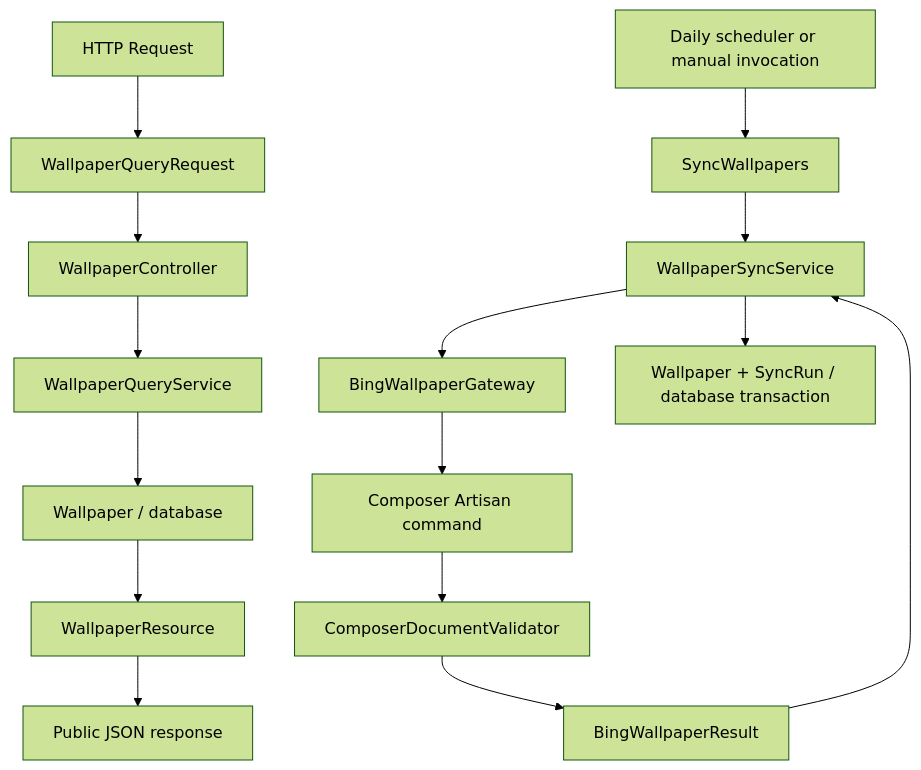
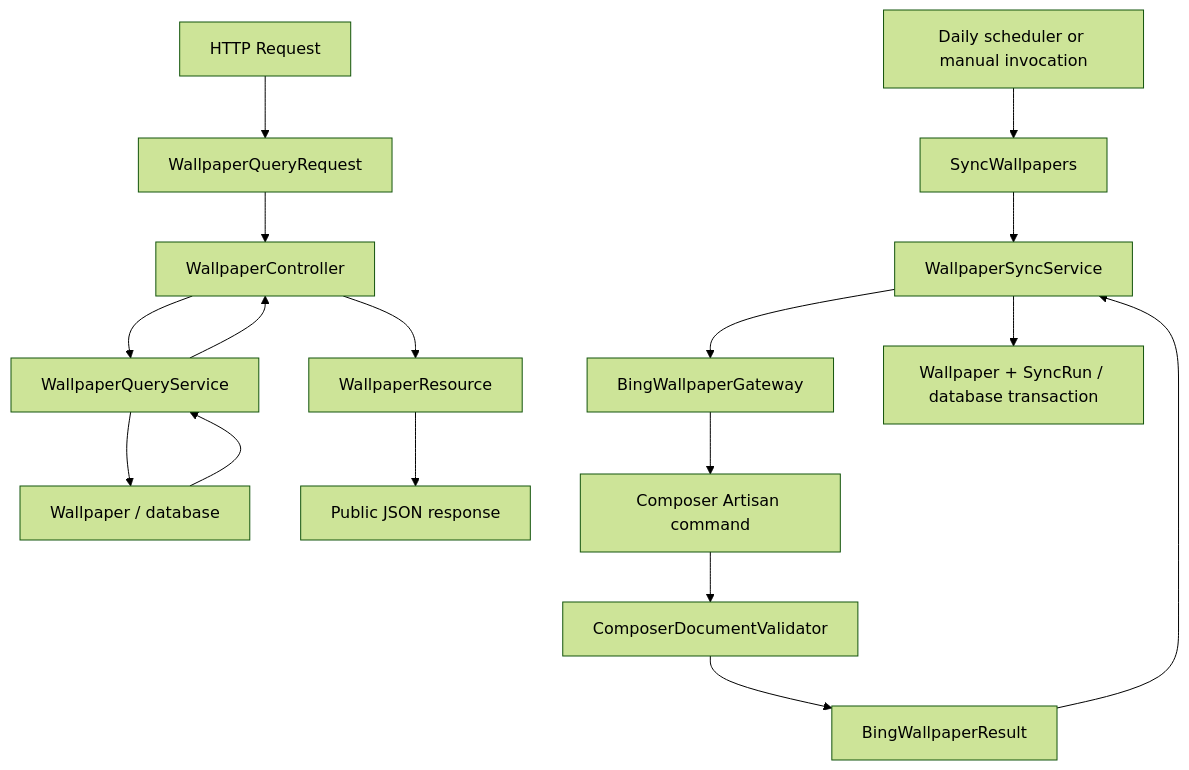
The first of 2 diagrams in docs/architecture.md (haoyuqi/wallpaper-api), drawn with Mermaid (forest theme) before and after one commit. The commit also changed other lines of this file and 3 other files, not shown here.

````diff
--- a/docs/architecture.md
+++ b/docs/architecture.md
@@ -28,17 +47,19 @@
 ```mermaid
 flowchart TD
     Request[HTTP Request] --> Validation[WallpaperQueryRequest]
     Validation --> Controller[WallpaperController]
     Controller --> Query[WallpaperQueryService]
     Query --> Read[Wallpaper / database]
-    Read --> Resource[WallpaperResource]
+    Read --> Query
+    Query --> Controller
+    Controller --> Resource[WallpaperResource]
     Resource --> Response[Public JSON response]
     Schedule[Daily scheduler or manual invocation] --> Command[SyncWallpapers]
     Command --> Sync[WallpaperSyncService]
     Sync --> Gateway[BingWallpaperGateway]
     Gateway --> Composer[Composer Artisan command]
     Composer --> Validator[ComposerDocumentValidator]
     Validator --> Result[BingWallpaperResult]
     Result --> Sync
     Sync --> Write[Wallpaper + SyncRun / database transaction]
 ```
````
